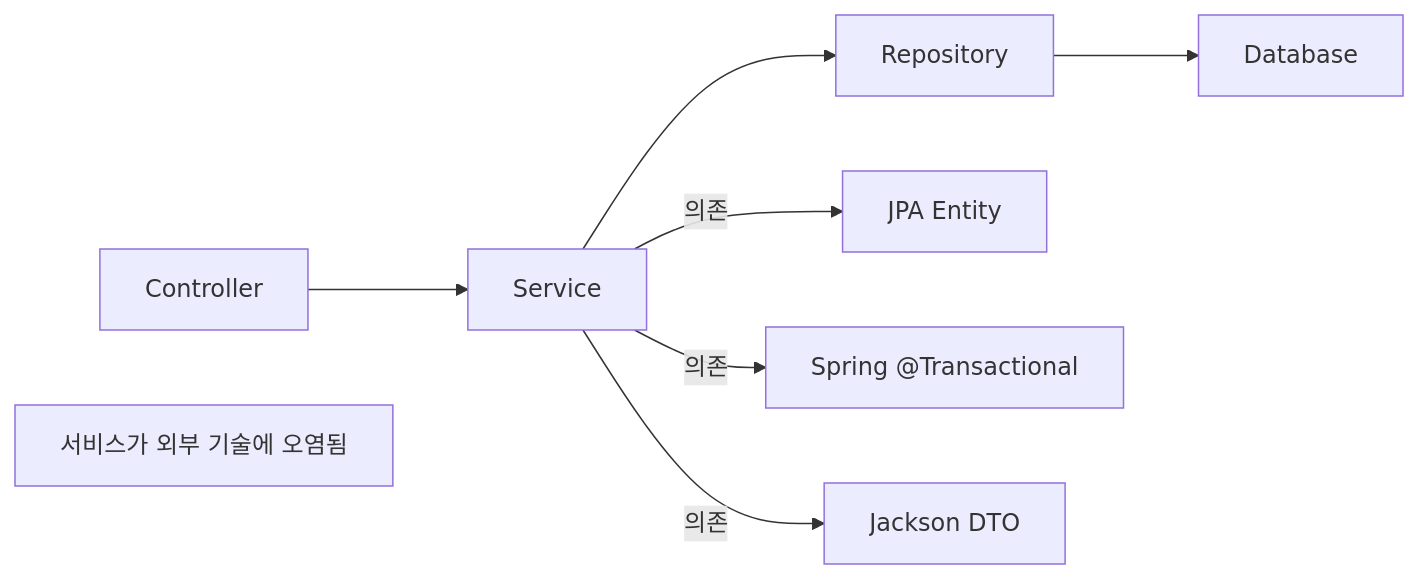
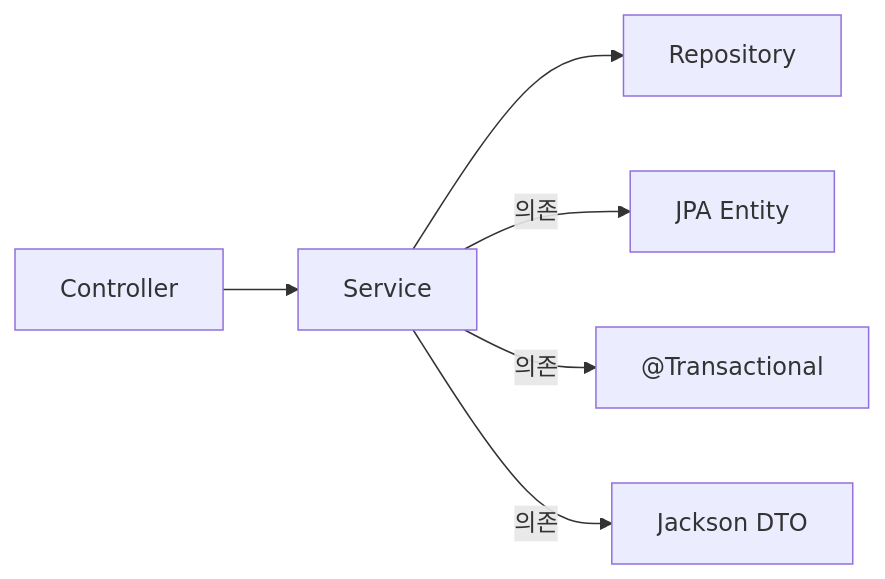
The second of 3 diagrams in _posts/spring/2026-05-02-clean-spring-hexagonal.md (yjkim2015/yjkim2015.github.io), drawn with Mermaid before and after one commit. The commit also changed other lines of this file and 163 other files, not shown here.

First line of the commit message:
Mermaid 300개 블록 내용 축소: 5노드 5엣지 이하, 의미 있는 약어

````diff
--- a/_posts/spring/2026-05-02-clean-spring-hexagonal.md
+++ b/_posts/spring/2026-05-02-clean-spring-hexagonal.md
@@ -198,10 +197,8 @@
 ```mermaid
 graph LR
-    A[Controller] --> B[Service]
-    B --> C[Repository]
-    C --> D[Database]
-    B -->|"의존"| E[JPA Entity]
-    B -->|"의존"| F[Spring @Transactional]
-    B -->|"의존"| G[Jackson DTO]
-    Note["서비스가 외부 기술에 오염됨"]
+    A["Controller"] --> B["Service"]
+    B --> C["Repository"]
+    B -->|의존| E["JPA Entity"]
+    B -->|의존| F["@Transactional"]
+    B -->|의존| G["Jackson DTO"]
 ```
````
